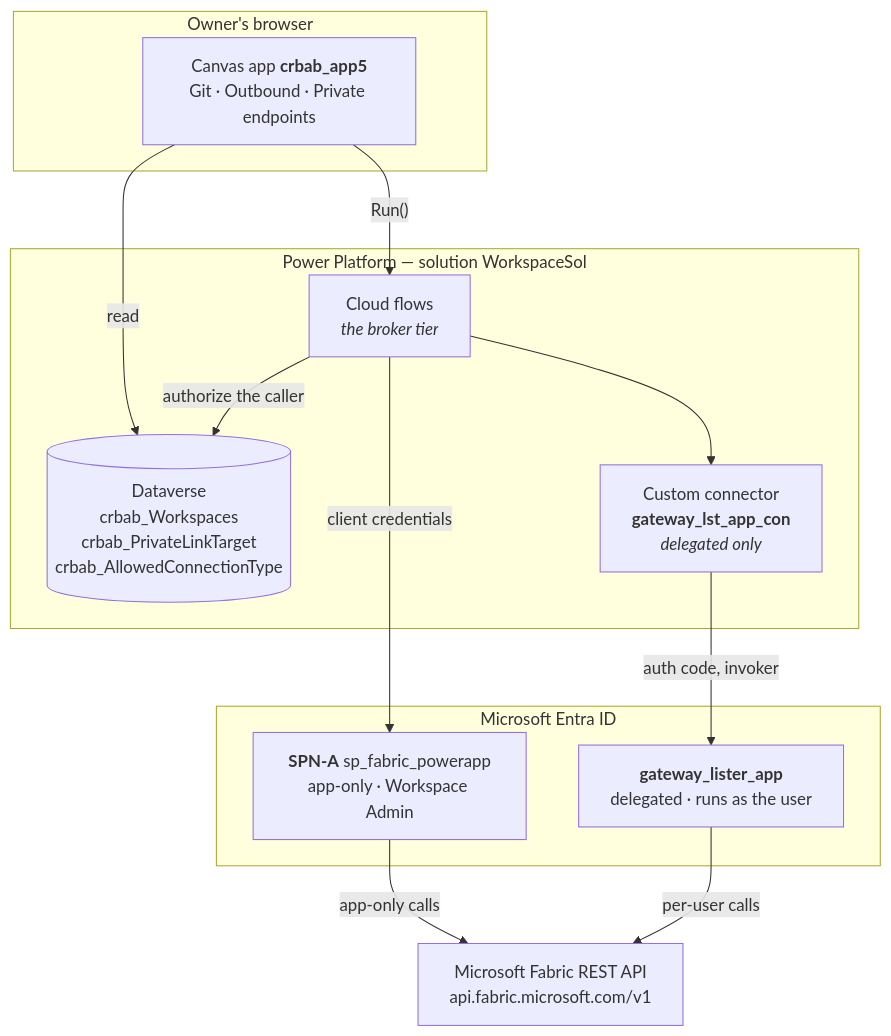
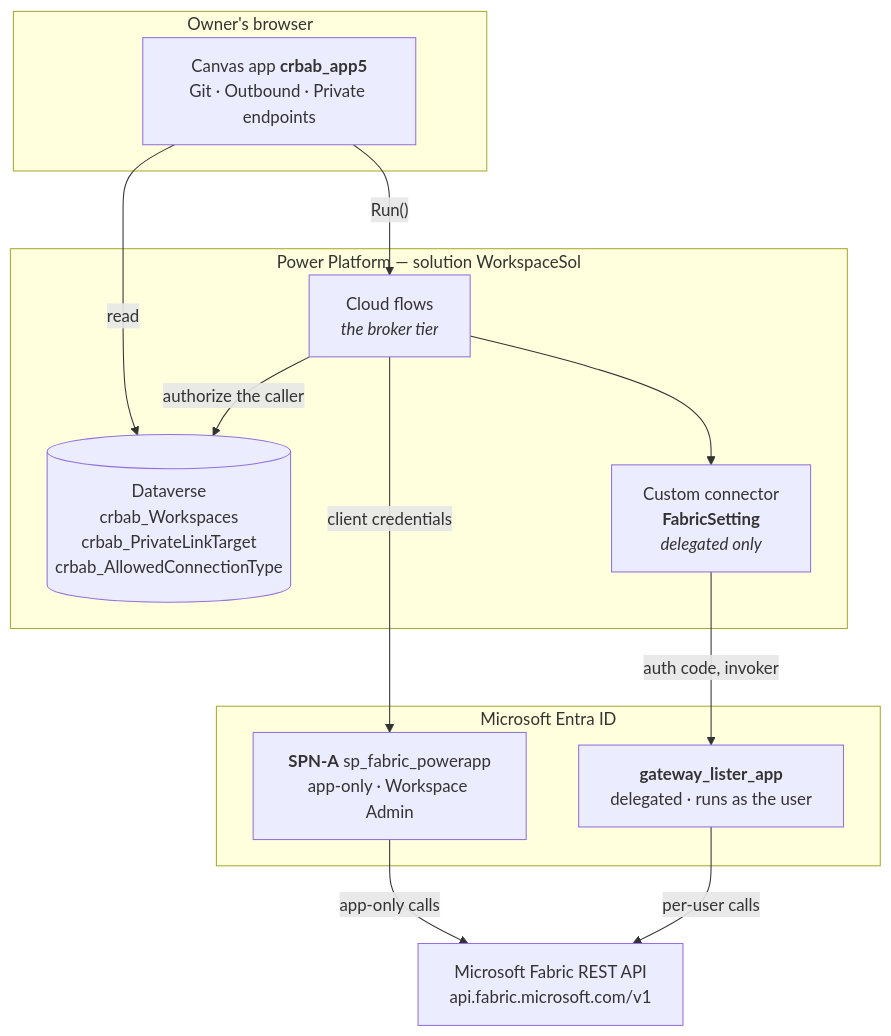
Before and after one commit to velniaszs/Fabric_Workspace_Settings: the first of 5 diagrams in docs/HIGH-LEVEL-ARCHITECTURE.md, drawn with Mermaid. The commit also changed 13 other files, not shown here.

Commit message:
rename custom connector

````diff
--- a/docs/HIGH-LEVEL-ARCHITECTURE.md
+++ b/docs/HIGH-LEVEL-ARCHITECTURE.md
@@ -54,28 +54,28 @@
 ```mermaid
 flowchart TB
     subgraph client["Owner's browser"]
         APP["Canvas app <b>crbab_app5</b><br/>Git · Outbound · Private endpoints"]
     end
 
     subgraph pp["Power Platform — solution WorkspaceSol"]
         DV[("Dataverse<br/>crbab_Workspaces<br/>crbab_PrivateLinkTarget<br/>crbab_AllowedConnectionType")]
         FLOWS["Cloud flows<br/><i>the broker tier</i>"]
-        CONN["Custom connector<br/><b>gateway_lst_app_con</b><br/><i>delegated only</i>"]
+        CONN["Custom connector<br/><b>FabricSetting</b><br/><i>delegated only</i>"]
     end
 
     subgraph entra["Microsoft Entra ID"]
         SPNA["<b>SPN-A</b> sp_fabric_powerapp<br/>app-only · Workspace Admin"]
         DELEG["<b>gateway_lister_app</b><br/>delegated · runs as the user"]
     end
 
     FABRIC["Microsoft Fabric REST API<br/>api.fabric.microsoft.com/v1"]
 
     APP -->|"Run()"| FLOWS
     APP -->|read| DV
     FLOWS -->|"authorize the caller"| DV
     FLOWS -->|"client credentials"| SPNA
     FLOWS --> CONN
     CONN -->|"auth code, invoker"| DELEG
     SPNA -->|"app-only calls"| FABRIC
     DELEG -->|"per-user calls"| FABRIC
 ```
````
